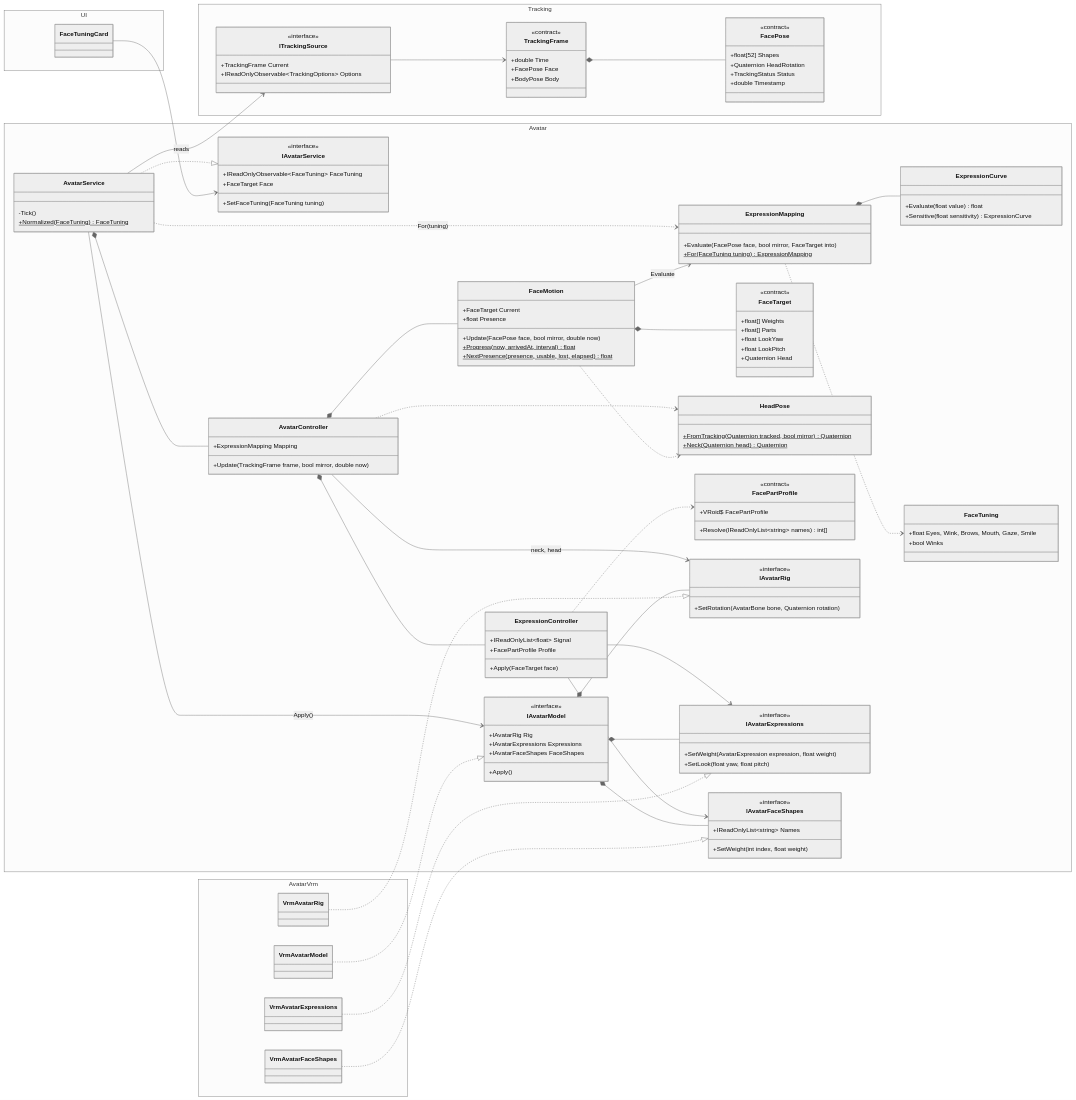
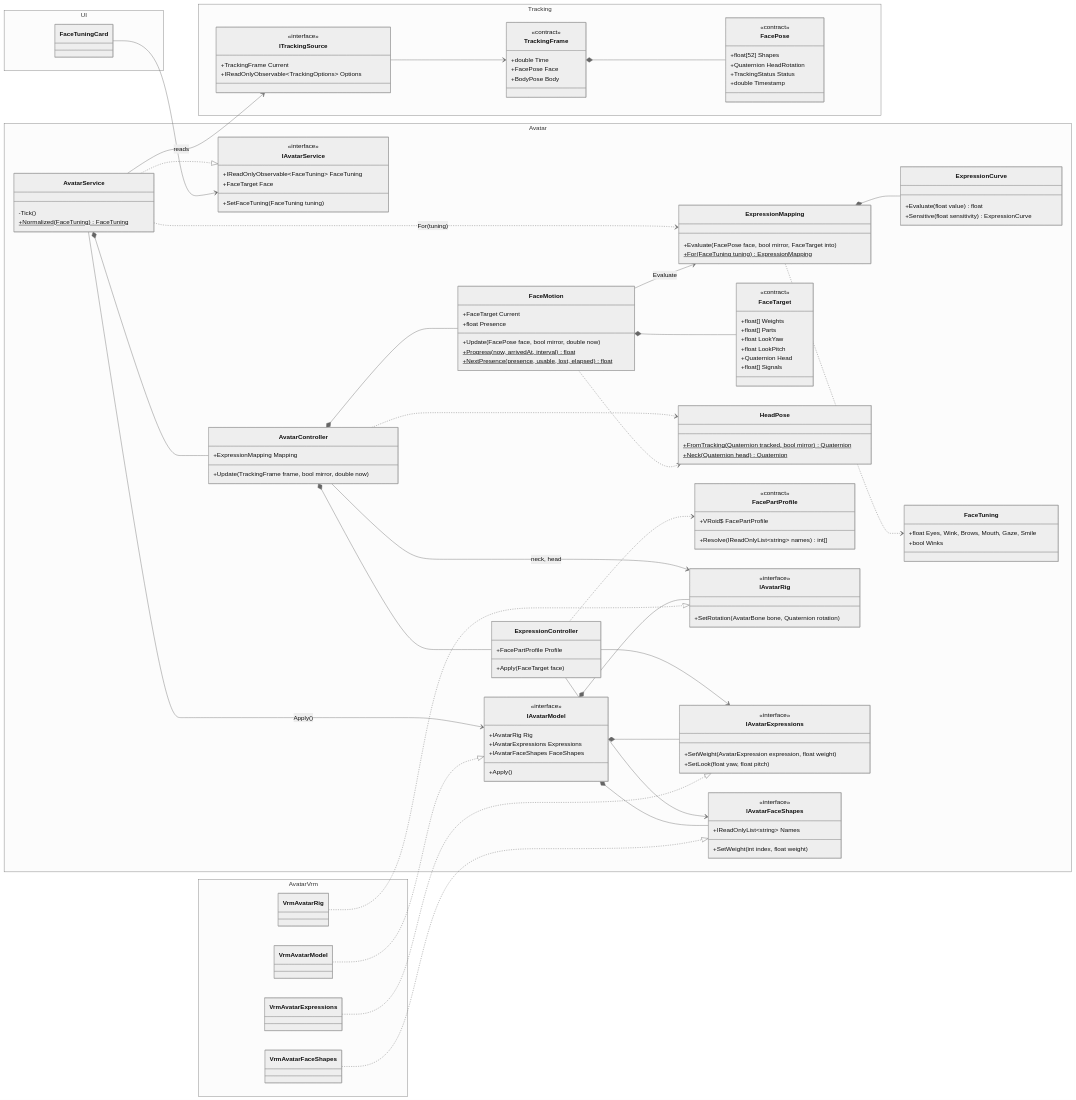
One commit to Yupopyoi/virtual-vessel-studio changed the second of 2 diagrams in docs/ja/detailed-design/avatar.md. Above: the diagram before and after it, drawn with Mermaid (neutral theme). The commit also changed other lines of this file and 1 other file, not shown here.

First line of the commit message:
docs: record the Expression Signal and the alignment with system design

```diff
--- a/docs/ja/detailed-design/avatar.md
+++ b/docs/ja/detailed-design/avatar.md
@@ -186,13 +187,13 @@
             +float LookYaw
             +float LookPitch
             +Quaternion Head
+            +float[] Signals
         }
         class HeadPose {
             +FromTracking(Quaternion tracked, bool mirror)$ Quaternion
             +Neck(Quaternion head)$ Quaternion
         }
         class ExpressionController {
-            +IReadOnlyList~float~ Signal
             +FacePartProfile Profile
             +Apply(FaceTarget face)
         }
```
